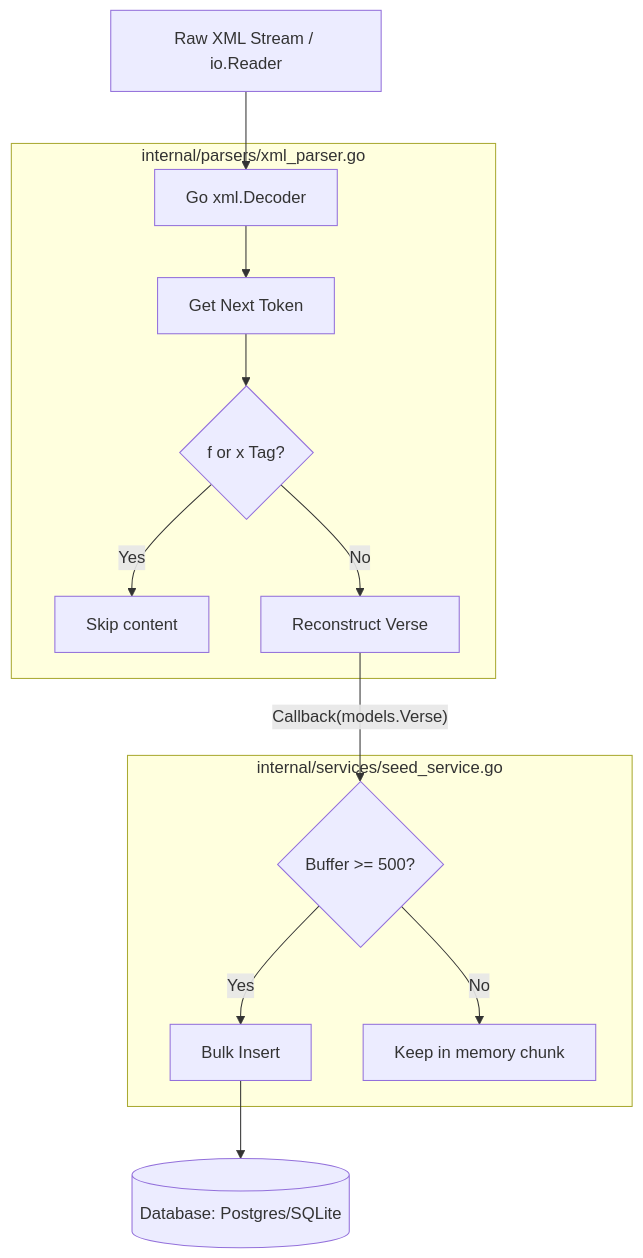
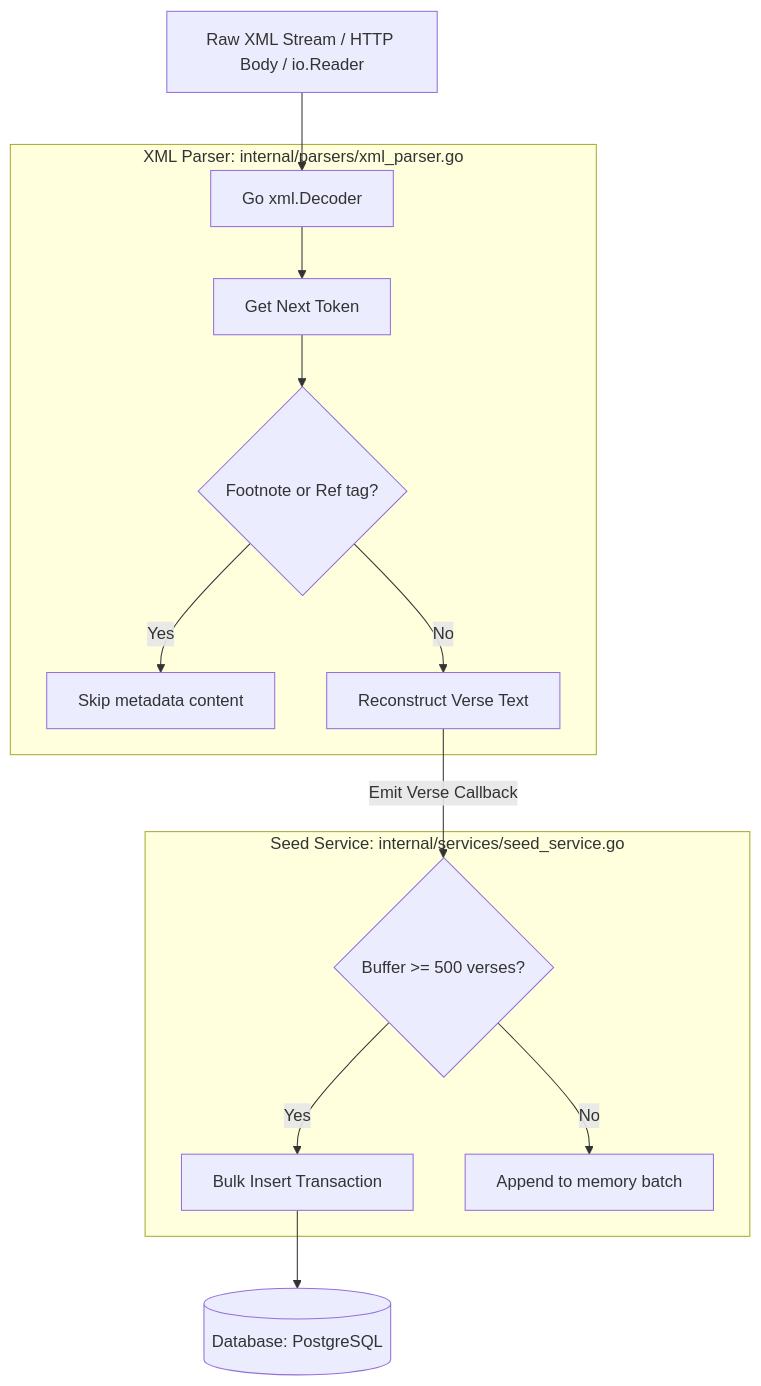
One commit to mvirtai/clible-v3-go changed the second of 2 diagrams in docs/guide/import-and-seeding.md. Above: the diagram before and after it, drawn with Mermaid. The commit also changed other lines of this file and 28 other files, not shown here.

````diff
--- a/docs/guide/import-and-seeding.md
+++ b/docs/guide/import-and-seeding.md
@@ -19,19 +48,19 @@
 ```mermaid
 graph TD
-    File[Raw XML Stream / io.Reader] --> Dec[Go xml.Decoder]
+    Stream["Raw XML Stream / HTTP Body / io.Reader"] --> Dec["Go xml.Decoder"]
     
-    subgraph XML Parser [internal/parsers/xml_parser.go]
-        Dec --> Token[Get Next Token]
-        Token --> Filter{f or x Tag?}
-        Filter -- Yes --> Skip[Skip content]
-        Filter -- No --> Process[Reconstruct Verse]
+    subgraph XML_Parser ["XML Parser: internal/parsers/xml_parser.go"]
+        Dec --> Token["Get Next Token"]
+        Token --> Filter{"Footnote or Ref tag?"}
+        Filter -- Yes --> Skip["Skip metadata content"]
+        Filter -- No --> Process["Reconstruct Verse Text"]
     end
 
-    subgraph Seed Service [internal/services/seed_service.go]
-        Process -- Callback(models.Verse) --> Buffer{Buffer >= 500?}
-        Buffer -- Yes --> Bulk[Bulk Insert]
-        Buffer -- No --> Accumulate[Keep in memory chunk]
+    subgraph Seed_Service ["Seed Service: internal/services/seed_service.go"]
+        Process -->|"Emit Verse Callback"| Buffer{"Buffer >= 500 verses?"}
+        Buffer -- Yes --> Bulk["Bulk Insert Transaction"]
+        Buffer -- No --> Accumulate["Append to memory batch"]
     end
 
-    Bulk --> DB[(Database: Postgres/SQLite)]
+    Bulk --> DB[("Database: PostgreSQL")]
 ```
````
